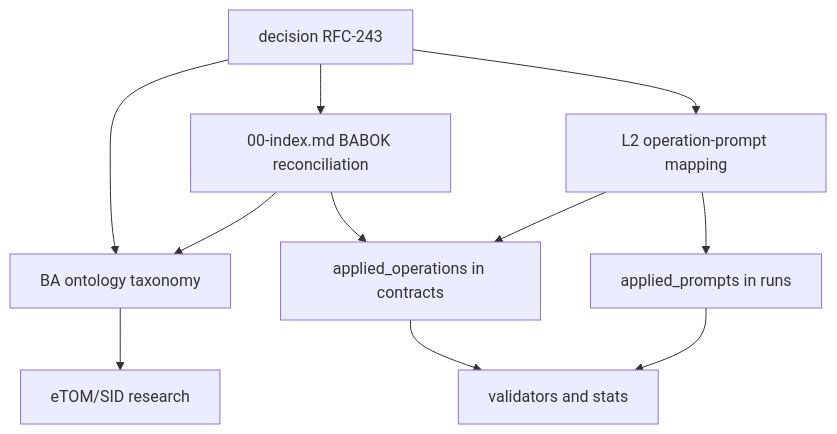
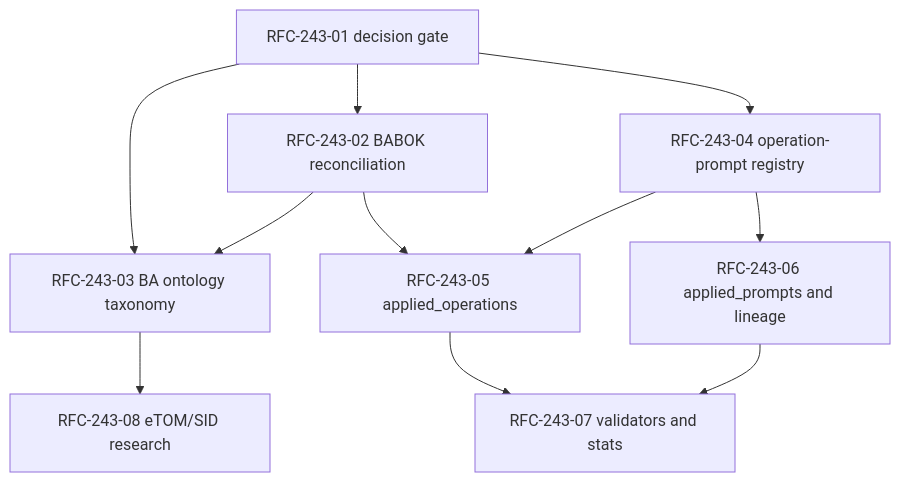
One commit to G-Ivan-A/mango_ba_prompts changed the diagram in governance/BACKLOG.md. Above: the diagram before and after it, drawn with Mermaid. The commit also changed other lines of this file and 5 other files, not shown here.

````diff
--- a/governance/BACKLOG.md
+++ b/governance/BACKLOG.md
@@ -361,13 +174,13 @@
 ```mermaid
 graph TD
-    T1[decision RFC-243] --> T2[00-index.md BABOK reconciliation]
-    T1 --> T4[L2 operation-prompt mapping]
-    T1 --> T3[BA ontology taxonomy]
-    T2 --> T3
-    T2 --> T5[applied_operations in contracts]
-    T4 --> T5
-    T4 --> T6[applied_prompts in runs]
-    T5 --> T7[validators and stats]
-    T6 --> T7
-    T3 --> T8[eTOM/SID research]
+    R1[RFC-243-01 decision gate] --> R2[RFC-243-02 BABOK reconciliation]
+    R1 --> R3[RFC-243-03 BA ontology taxonomy]
+    R1 --> R4[RFC-243-04 operation-prompt registry]
+    R2 --> R3
+    R2 --> R5[RFC-243-05 applied_operations]
+    R4 --> R5
+    R4 --> R6[RFC-243-06 applied_prompts and lineage]
+    R5 --> R7[RFC-243-07 validators and stats]
+    R6 --> R7
+    R3 --> R8[RFC-243-08 eTOM/SID research]
 ```
````
